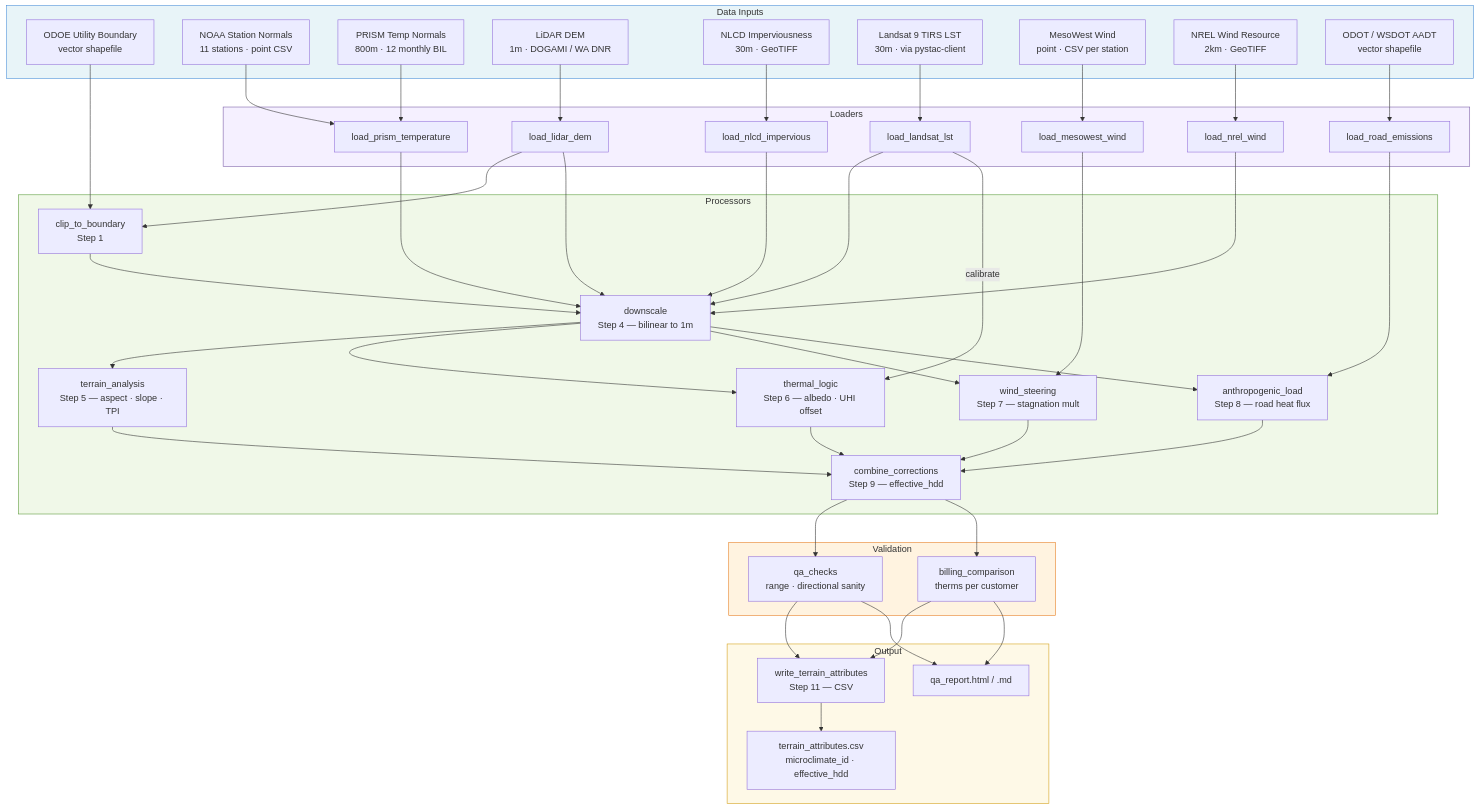
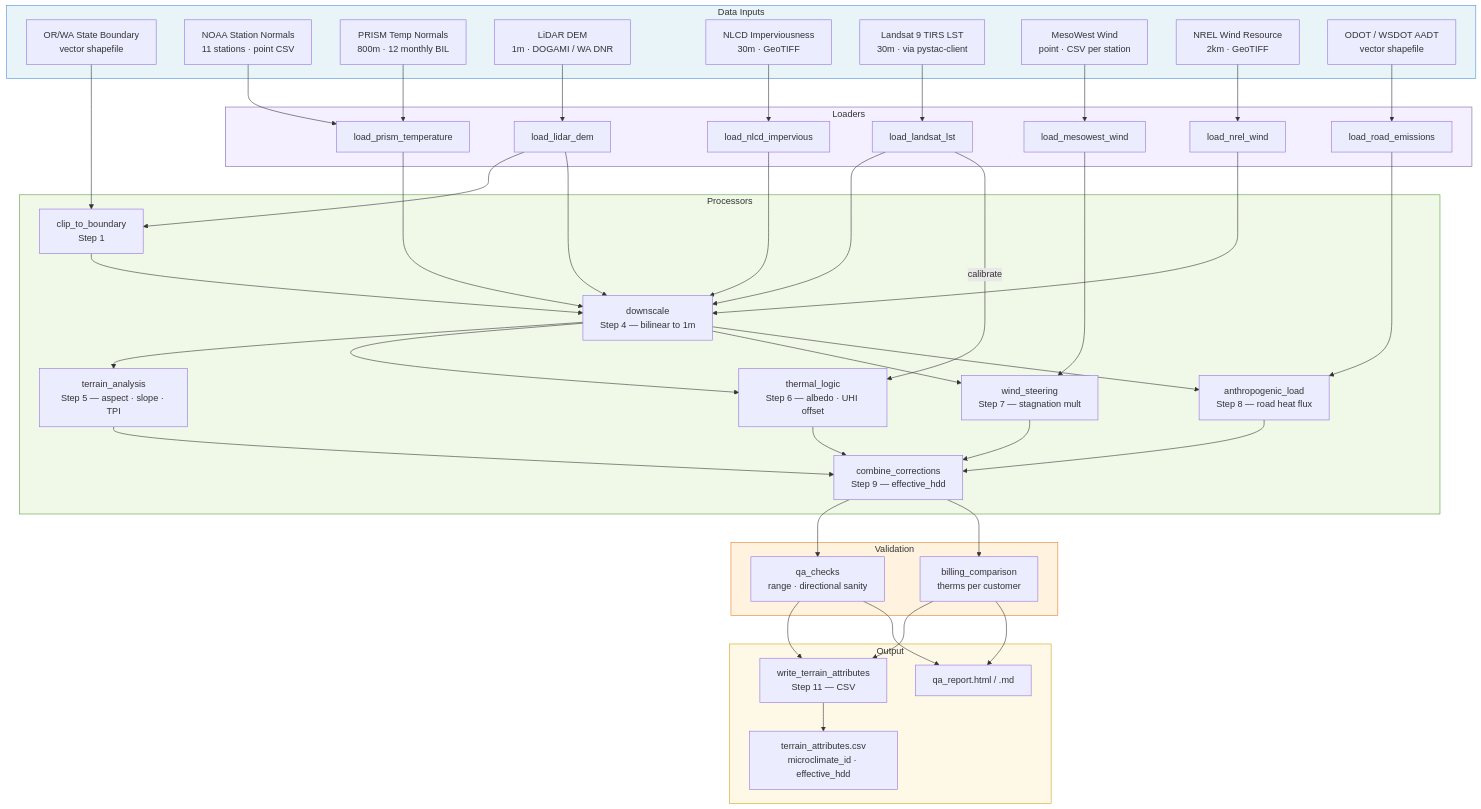
One commit to westonIndustries/PNW_Microclimates changed the diagram in .kiro/specs/microclimate-engine/design.md. Above: the diagram before and after it, drawn with Mermaid. The commit also changed other lines of this file and 9 other files, not shown here.

````diff
--- a/.kiro/specs/microclimate-engine/design.md
+++ b/.kiro/specs/microclimate-engine/design.md
@@ -92,7 +92,7 @@
 ```mermaid
 flowchart TD
     subgraph INPUTS["Data Inputs"]
-        A1["ODOE Utility Boundary\nvector shapefile"]
+        A1["OR/WA State Boundary\nvector shapefile"]
         A2["NOAA Station Normals\n11 stations · point CSV"]
         A3["PRISM Temp Normals\n800m · 12 monthly BIL"]
         A4["LiDAR DEM\n1m · DOGAMI / WA DNR"]
````
